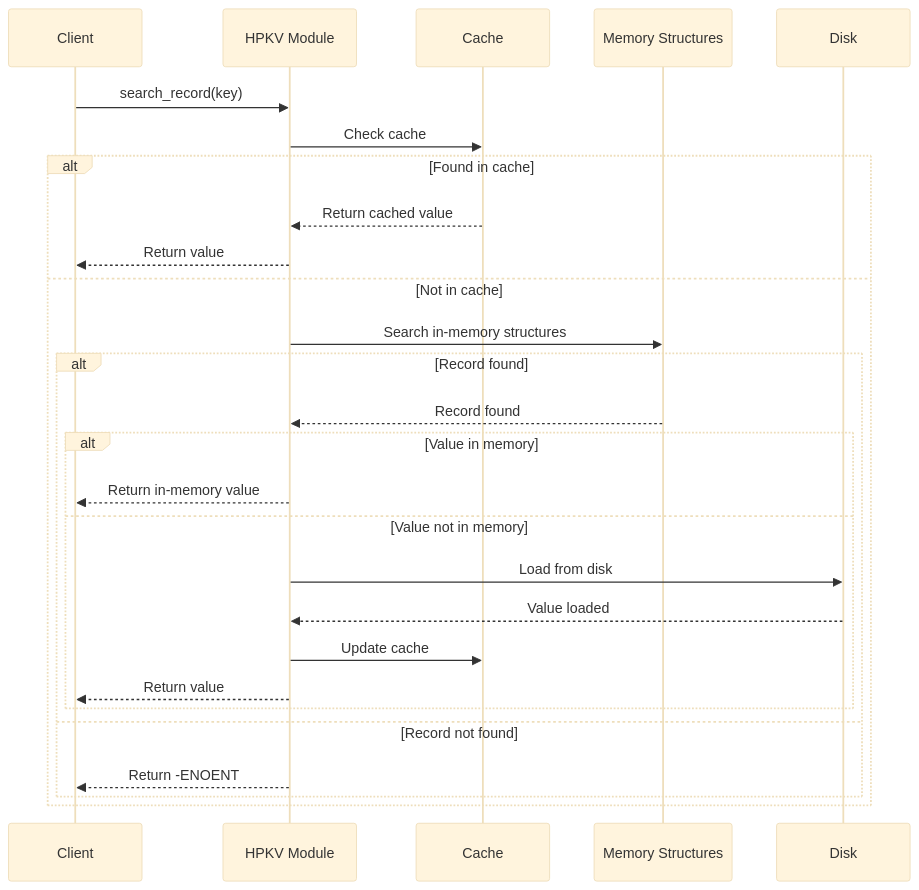
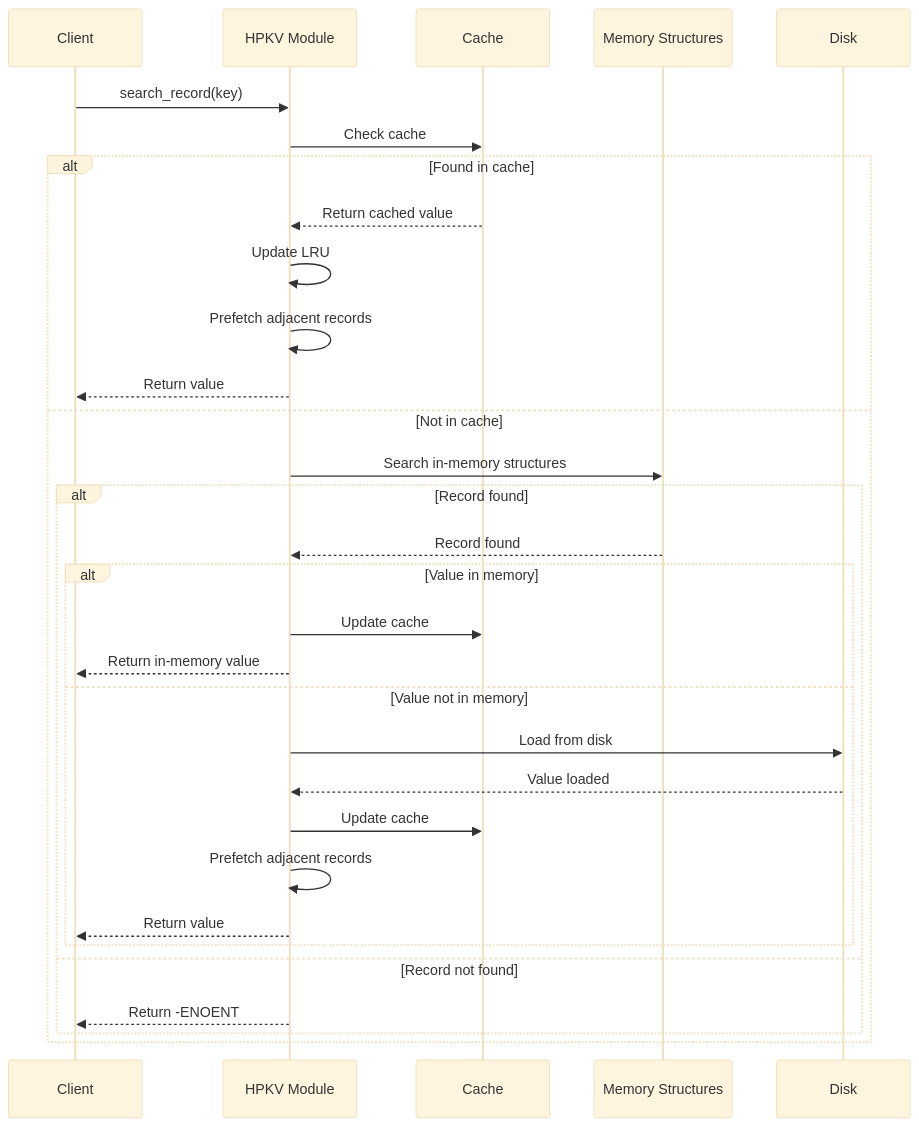
Before and after one commit to mehrantsi/high-performance-kv-store: the sixth of 10 diagrams in TechnicalDesign.md, drawn with Mermaid (base theme). The commit also changed other lines of this file and 2 other files, not shown here.

````diff
--- a/TechnicalDesign.md
+++ b/TechnicalDesign.md
@@ -500,30 +597,34 @@
 ```mermaid
 sequenceDiagram
     participant C as Client
     participant HPKV as HPKV Module
     participant Cache
     participant M as Memory Structures
     participant D as Disk
 
     C->>HPKV: search_record(key)
     HPKV->>Cache: Check cache
     alt Found in cache
         Cache-->>HPKV: Return cached value
+        HPKV->>HPKV: Update LRU
+        HPKV->>HPKV: Prefetch adjacent records
         HPKV-->>C: Return value
     else Not in cache
         HPKV->>M: Search in-memory structures
         alt Record found
             M-->>HPKV: Record found
             alt Value in memory
+                HPKV->>Cache: Update cache
                 HPKV-->>C: Return in-memory value
             else Value not in memory
                 HPKV->>D: Load from disk
                 D-->>HPKV: Value loaded
                 HPKV->>Cache: Update cache
+                HPKV->>HPKV: Prefetch adjacent records
                 HPKV-->>C: Return value
             end
         else Record not found
             HPKV-->>C: Return -ENOENT
         end
     end
 ```
````
